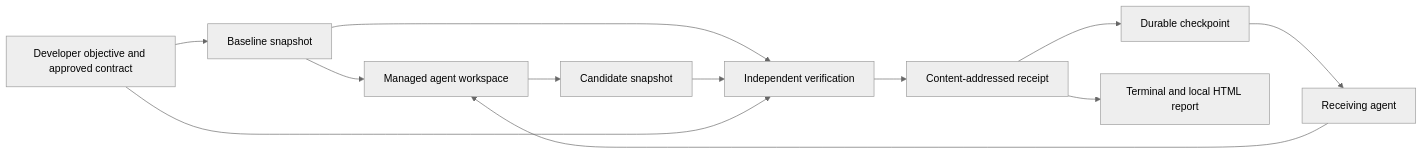
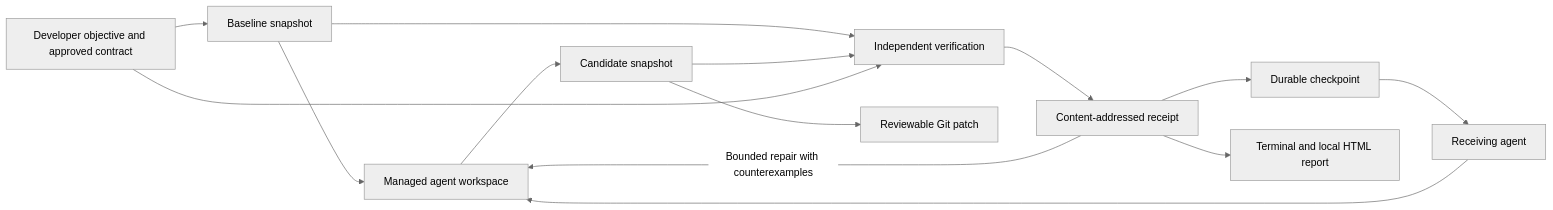
One commit to rossbuckley1990-hash/sentinel-verified changed the diagram in docs/ARCHITECTURE.md. Above: the diagram before and after it, drawn with Mermaid (neutral theme). The commit also changed other lines of this file and 83 other files, not shown here.

Commit message:
feat: deliver reviewed HTTP and browser sessions with bounded repair and patch export

````diff
--- a/docs/ARCHITECTURE.md
+++ b/docs/ARCHITECTURE.md
@@ -7,14 +7,16 @@
 ```mermaid
 flowchart LR
   A[Developer objective and approved contract] --> B[Baseline snapshot]
   B --> C[Managed agent workspace]
   C --> D[Candidate snapshot]
   B --> E[Independent verification]
   D --> E
   A --> E
   E --> F[Content-addressed receipt]
+  F -->|Bounded repair with counterexamples| C
   F --> G[Durable checkpoint]
   G --> H[Receiving agent]
   H --> C
   F --> I[Terminal and local HTML report]
+  D --> J[Reviewable Git patch]
 ```
````
